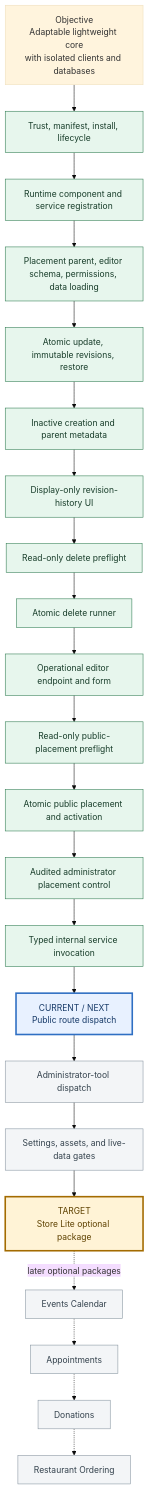
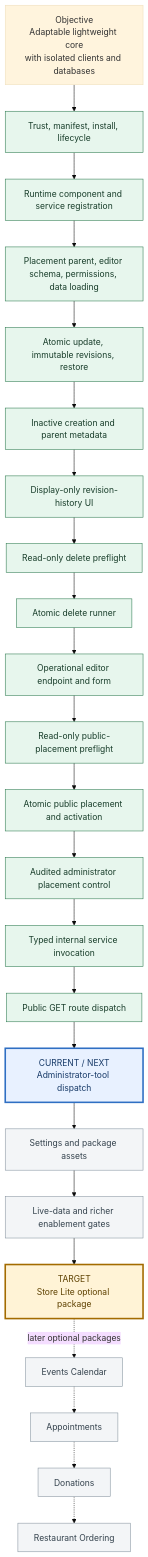
The diagram in docs/ADD-ON-PLATFORM-STATUS.md (orojas01-glitch/redcms), drawn with Mermaid (base theme) before and after one commit. The commit also changed other lines of this file and 11 other files, not shown here.

Commit message:
Add public add-on route dispatch

````diff
--- a/docs/ADD-ON-PLATFORM-STATUS.md
+++ b/docs/ADD-ON-PLATFORM-STATUS.md
@@ -7,34 +7,35 @@
 ```mermaid
 flowchart TD
     O["Objective<br/>Adaptable lightweight core<br/>with isolated clients and databases"]
     O --> F1["Trust, manifest, install, lifecycle"]
     F1 --> F2["Runtime component and service registration"]
     F2 --> F3["Placement parent, editor schema, permissions, data loading"]
     F3 --> F4["Atomic update, immutable revisions, restore"]
     F4 --> F5["Inactive creation and parent metadata"]
     F5 --> F6["Display-only revision-history UI"]
     F6 --> F7["Read-only delete preflight"]
     F7 --> F8["Atomic delete runner"]
     F8 --> F9["Operational editor endpoint and form"]
     F9 --> F10["Read-only public-placement preflight"]
     F10 --> F11["Atomic public placement and activation"]
     F11 --> F12["Audited administrator placement control"]
     F12 --> F13["Typed internal service invocation"]
-    F13 --> C["CURRENT / NEXT<br/>Public route dispatch"]
-    C --> G4["Administrator-tool dispatch"]
-    G4 --> G5["Settings, assets, and live-data gates"]
+    F13 --> F14["Public GET route dispatch"]
+    F14 --> C["CURRENT / NEXT<br/>Administrator-tool dispatch"]
+    C --> G4["Settings and package assets"]
+    G4 --> G5["Live-data and richer enablement gates"]
     G5 --> S["TARGET<br/>Store Lite optional package"]
     S -. later optional packages .-> E["Events Calendar"]
     E -.-> A["Appointments"]
     A -.-> D["Donations"]
     D -.-> R["Restaurant Ordering"]
 
     classDef complete fill:#e7f6ed,stroke:#27764a,color:#183d2a;
     classDef current fill:#e8f1ff,stroke:#2f6fc3,color:#173a68,stroke-width:3px;
     classDef remaining fill:#f3f5f7,stroke:#82909c,color:#34424d;
     classDef target fill:#fff3d6,stroke:#a36b00,color:#5e4100,stroke-width:3px;
-    class F1,F2,F3,F4,F5,F6,F7,F8,F9,F10,F11,F12,F13 complete;
+    class F1,F2,F3,F4,F5,F6,F7,F8,F9,F10,F11,F12,F13,F14 complete;
     class C current;
     class G4,G5,E,A,D,R remaining;
     class S target;
 ```
````
